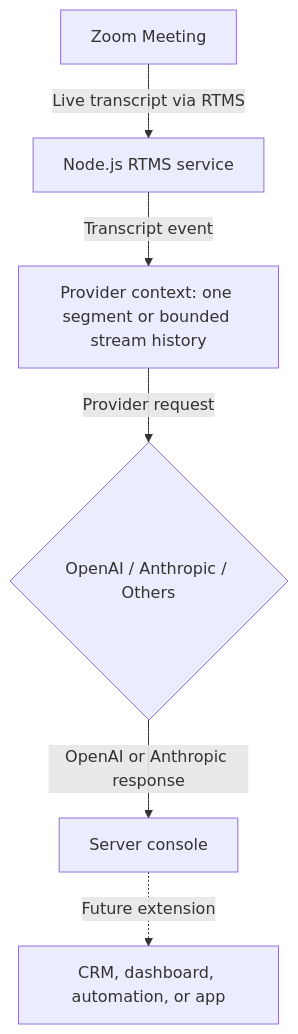
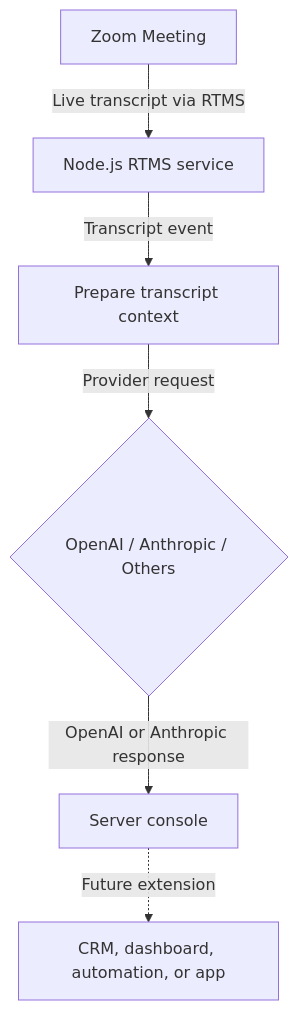
One commit to zoom/blueprints changed the diagram in blueprints/send-transcripts-to-llms/index.md. Above: the diagram before and after it, drawn with Mermaid.

Commit message:
Clarify transcript context diagram label

````diff
--- a/blueprints/send-transcripts-to-llms/index.md
+++ b/blueprints/send-transcripts-to-llms/index.md
@@ -76,8 +76,8 @@
 ```mermaid
 flowchart TB
     A[Zoom Meeting] -->|Live transcript via RTMS| B[Node.js RTMS service]
-    B -->|Transcript event| C[Provider context: one segment or bounded stream history]
+    B -->|Transcript event| C[Prepare transcript context]
     C -->|Provider request| D{OpenAI / Anthropic / Others}
     D -->|OpenAI or Anthropic response| E[Server console]
     E -.->|Future extension| F[CRM, dashboard, automation, or app]
 ```
````
